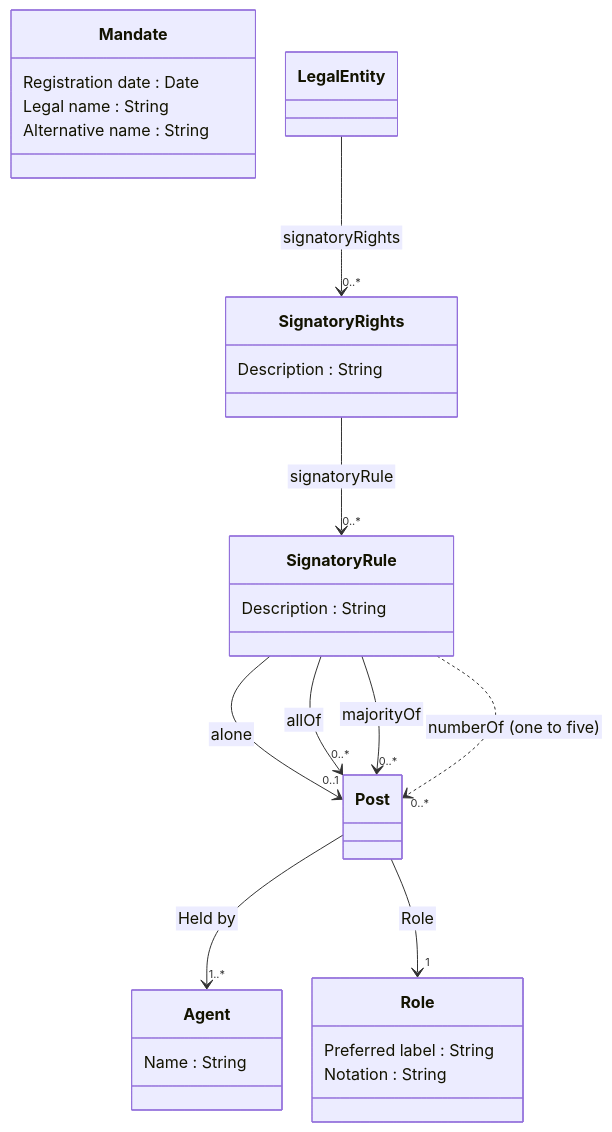
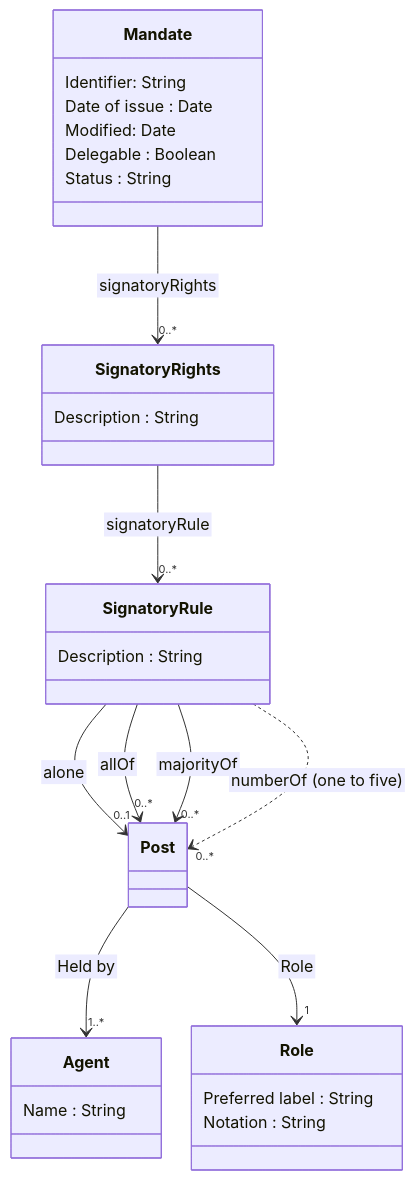
The diagram in README.md (nordicsmartgovernment/Nordic-Signatory-Rights-Model), drawn with Mermaid before and after one commit. The commit also changed other lines of this file, not shown here.

````diff
--- a/README.md
+++ b/README.md
@@ -163,44 +22,46 @@
 ```mermaid
  %%{init:{'flowchart':{'nodeSpacing': 30, 'rankSpacing': 95, 'htmlLabels': false}}}%%
     classDiagram
        
         class Mandate {
-            Registration date : Date
-            Legal name : String
-            Alternative name : String
+            Identifier: String
+            Date of issue : Date
+            Modified: Date
+            Delegable : Boolean
+            Status : String
         }
 
-        LegalEntity --> "0..*" SignatoryRights : signatoryRights
+        Mandate --> "0..*" SignatoryRights : signatoryRights
 
         class SignatoryRights {
             Description : String
         }
 
         SignatoryRights --> "0..*" SignatoryRule : signatoryRule
 
         class SignatoryRule {
             Description : String
         }
 
         SignatoryRule --> "0..1" Post : alone
         SignatoryRule --> "0..*" Post : allOf
         SignatoryRule --> "0..*" Post : majorityOf
         SignatoryRule ..> "0..*" Post : numberOf (one to five)
 
         class Post {
 
         }
 
         Post --> "1..*" Agent : Held by
         Post --> "1" Role : Role
 
         class Role {
             Preferred label : String
             Notation : String
         }
 
         class Agent {
             Name : String
         }
 
 ```
````
